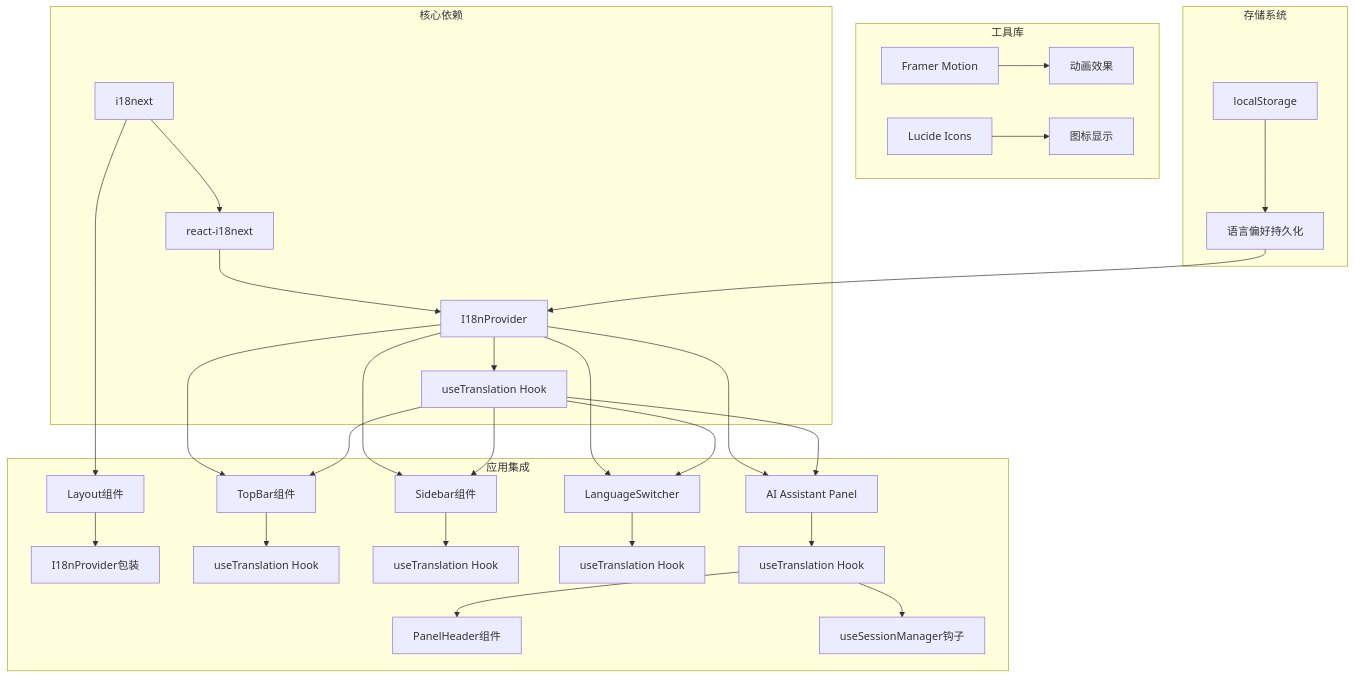
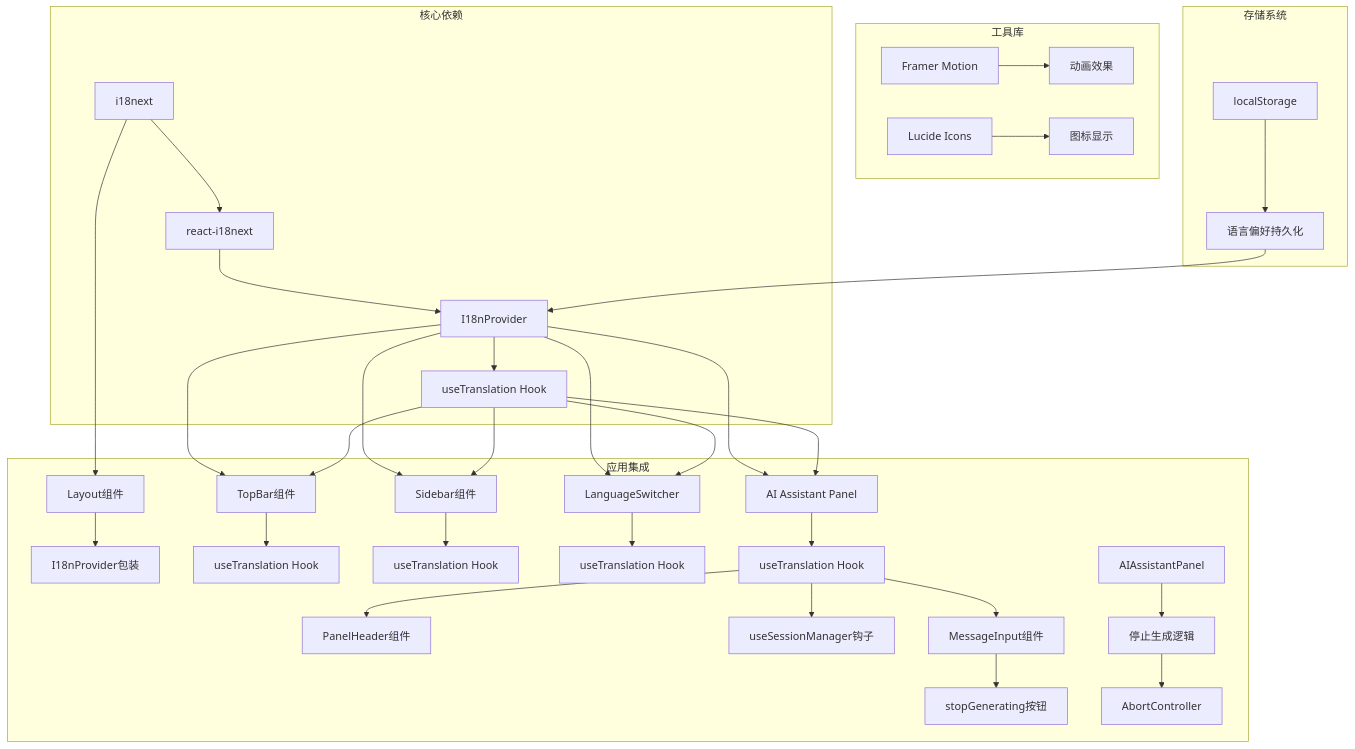
Diagram 11 of 11 in .qoder/repowiki/zh/content/系统架构/前端架构/国际化系统/国际化系统.md (KunLabAI/KunFlix), drawn with Mermaid before and after one commit. The commit also changed other lines of this file and 15 other files, not shown here.

````diff
--- a/.qoder/repowiki/zh/content/系统架构/前端架构/国际化系统/国际化系统.md
+++ b/.qoder/repowiki/zh/content/系统架构/前端架构/国际化系统/国际化系统.md
@@ -441,34 +540,38 @@
 ```mermaid
 graph TB
 subgraph "核心依赖"
 A[i18next] --> B[react-i18next]
 B --> C[I18nProvider]
 C --> D[useTranslation Hook]
 end
 subgraph "应用集成"
 E[Layout组件] --> F[I18nProvider包装]
 G[TopBar组件] --> H[useTranslation Hook]
 I[Sidebar组件] --> J[useTranslation Hook]
 K[LanguageSwitcher] --> L[useTranslation Hook]
 M[AI Assistant Panel] --> N[useTranslation Hook]
 N --> O[PanelHeader组件]
 N --> P[useSessionManager钩子]
+N --> Q[MessageInput组件]
+Q --> R[stopGenerating按钮]
+S[AIAssistantPanel] --> T[停止生成逻辑]
+T --> U[AbortController]
 end
 subgraph "工具库"
-Q[Framer Motion] --> R[动画效果]
-S[Lucide Icons] --> T[图标显示]
+V[Framer Motion] --> W[动画效果]
+X[Lucide Icons] --> Y[图标显示]
 end
 subgraph "存储系统"
-U[localStorage] --> V[语言偏好持久化]
+Z[localStorage] --> AA[语言偏好持久化]
 end
 A --> E
 C --> G
 C --> I
 C --> K
 C --> M
 D --> G
 D --> I
 D --> K
 D --> M
-V --> C
+AA --> C
 ```
````
